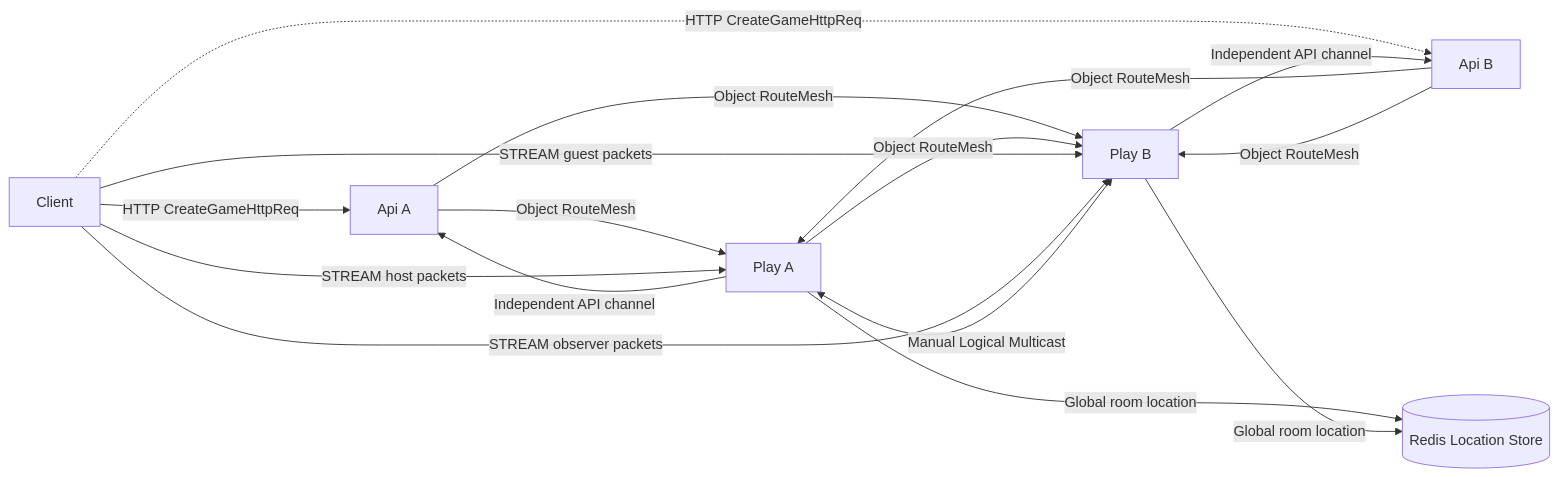
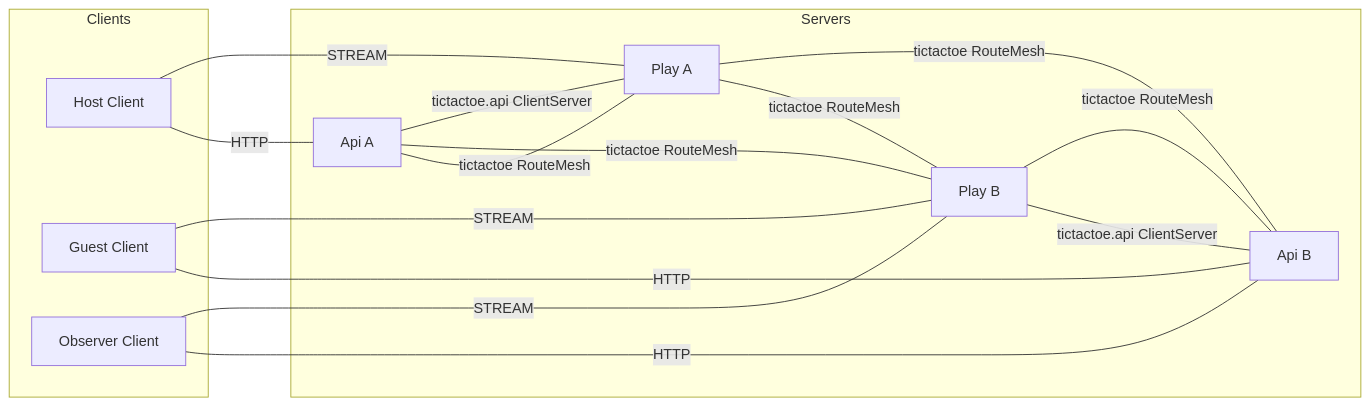
One commit to kairos-code-dev/zlink changed the first of 5 diagrams in framework/doc/framework/common/sample/tictactoe/README.ko.md. Above: the diagram before and after it, drawn with Mermaid. The commit also changed other lines of this file and 39 other files, not shown here.

````diff
--- a/framework/doc/framework/common/sample/tictactoe/README.ko.md
+++ b/framework/doc/framework/common/sample/tictactoe/README.ko.md
@@ -69,25 +74,27 @@
 ```mermaid
-graph LR
-    C[Client]
-    APIA[Api A]
-    APIB[Api B]
-    PLAYA[Play A]
-    PLAYB[Play B]
-    REDIS[(Redis Location Store)]
-
-    C -->|HTTP CreateGameHttpReq| APIA
-    C -.->|HTTP CreateGameHttpReq| APIB
-    APIA -->|Object RouteMesh| PLAYA
-    APIA -->|Object RouteMesh| PLAYB
-    APIB -->|Object RouteMesh| PLAYA
-    APIB -->|Object RouteMesh| PLAYB
-    PLAYA -->|Object RouteMesh| PLAYB
-    PLAYA -->|Independent API channel| APIA
-    PLAYB -->|Independent API channel| APIB
-    PLAYA -->|Global room location| REDIS
-    PLAYB -->|Global room location| REDIS
-    C -->|STREAM host packets| PLAYA
-    C -->|STREAM guest packets| PLAYB
-    C -->|STREAM observer packets| PLAYB
-    PLAYA <-->|Manual Logical Multicast| PLAYB
+flowchart LR
+    subgraph Clients[Clients]
+        H[Host Client]
+        G[Guest Client]
+        O[Observer Client]
+    end
+    subgraph Servers[Servers]
+        A1[Api A]
+        A2[Api B]
+        P1[Play A]
+        P2[Play B]
+    end
+    H ---|HTTP| A1
+    G ---|HTTP| A2
+    O ---|HTTP| A2
+    H ---|STREAM| P1
+    G ---|STREAM| P2
+    O ---|STREAM| P2
+    A1 ---|tictactoe RouteMesh| P1
+    A1 ---|tictactoe RouteMesh| P2
+    A2 ---|tictactoe RouteMesh| P1
+    A2 ---|tictactoe RouteMesh| P2
+    P1 ---|tictactoe RouteMesh| P2
+    P1 ---|tictactoe.api ClientServer| A1
+    P2 ---|tictactoe.api ClientServer| A2
 ```
````
